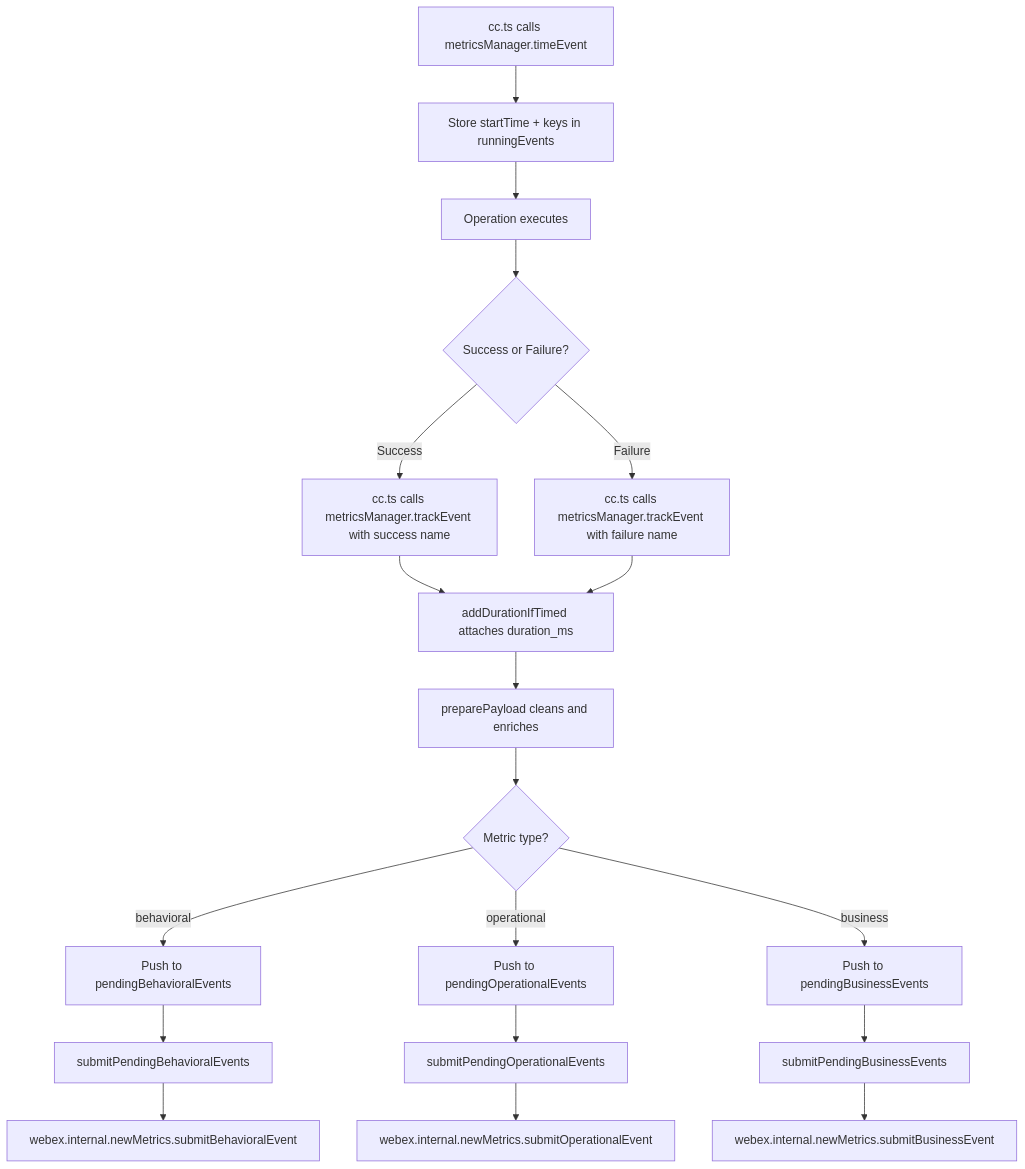
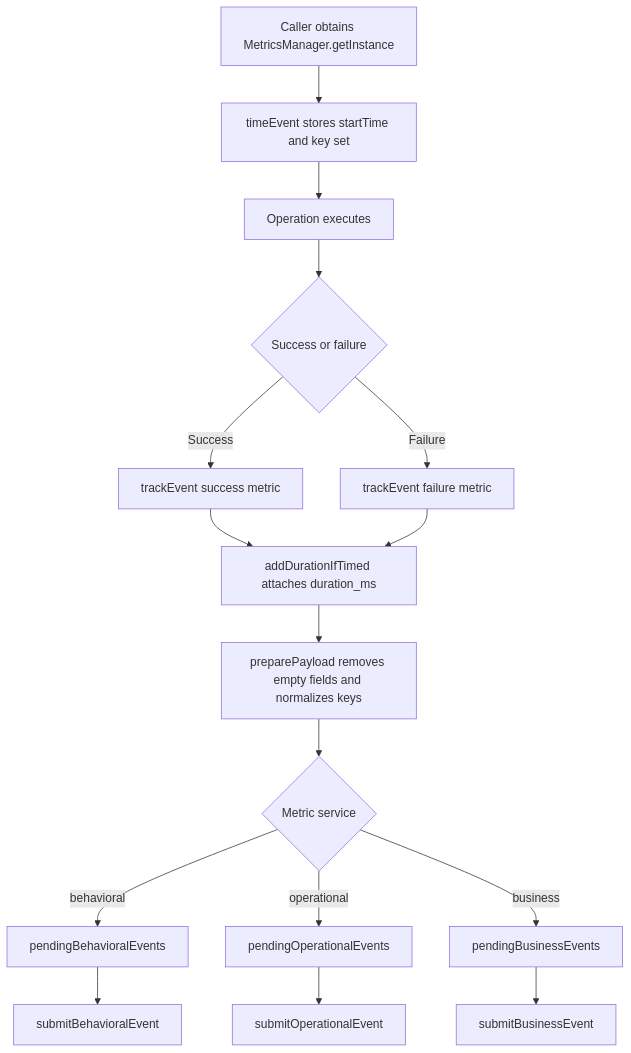
Before and after one commit to webex/webex-js-sdk: the second of 5 diagrams in packages/@webex/contact-center/src/metrics/ai-docs/ARCHITECTURE.md, drawn with Mermaid. The commit also changed other lines of this file and 39 other files, not shown here.

````diff
--- a/packages/@webex/contact-center/src/metrics/ai-docs/ARCHITECTURE.md
+++ b/packages/@webex/contact-center/src/metrics/ai-docs/ARCHITECTURE.md
@@ -66,21 +64,18 @@
 ```mermaid
 flowchart TD
-    A[cc.ts calls metricsManager.timeEvent] --> B[Store startTime + keys in runningEvents]
-    B --> C[Operation executes]
-    C --> D{Success or Failure?}
-    D -->|Success| E[cc.ts calls metricsManager.trackEvent with success name]
-    D -->|Failure| F[cc.ts calls metricsManager.trackEvent with failure name]
-    E --> G[addDurationIfTimed attaches duration_ms]
-    F --> G
-    G --> H[preparePayload cleans and enriches]
-    H --> I{Metric type?}
-    I -->|behavioral| J[Push to pendingBehavioralEvents]
-    I -->|operational| K[Push to pendingOperationalEvents]
-    I -->|business| L[Push to pendingBusinessEvents]
-    J --> M[submitPendingBehavioralEvents]
-    K --> N[submitPendingOperationalEvents]
-    L --> O[submitPendingBusinessEvents]
-    M --> P[webex.internal.newMetrics.submitBehavioralEvent]
-    N --> Q[webex.internal.newMetrics.submitOperationalEvent]
-    O --> R[webex.internal.newMetrics.submitBusinessEvent]
+  A[Caller obtains MetricsManager.getInstance] --> B[timeEvent stores startTime and key set]
+  B --> C[Operation executes]
+  C --> D{Success or failure}
+  D -->|Success| E[trackEvent success metric]
+  D -->|Failure| F[trackEvent failure metric]
+  E --> G[addDurationIfTimed attaches duration_ms]
+  F --> G
+  G --> H[preparePayload removes empty fields and normalizes keys]
+  H --> I{Metric service}
+  I -->|behavioral| J[pendingBehavioralEvents]
+  I -->|operational| K[pendingOperationalEvents]
+  I -->|business| L[pendingBusinessEvents]
+  J --> M[submitBehavioralEvent]
+  K --> N[submitOperationalEvent]
+  L --> O[submitBusinessEvent]
 ```
````
